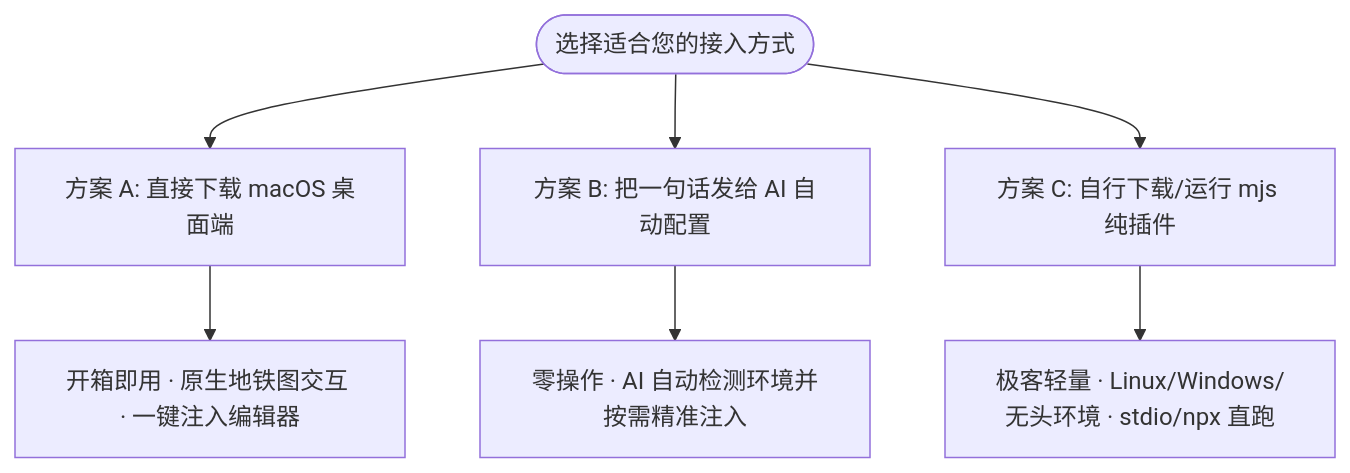
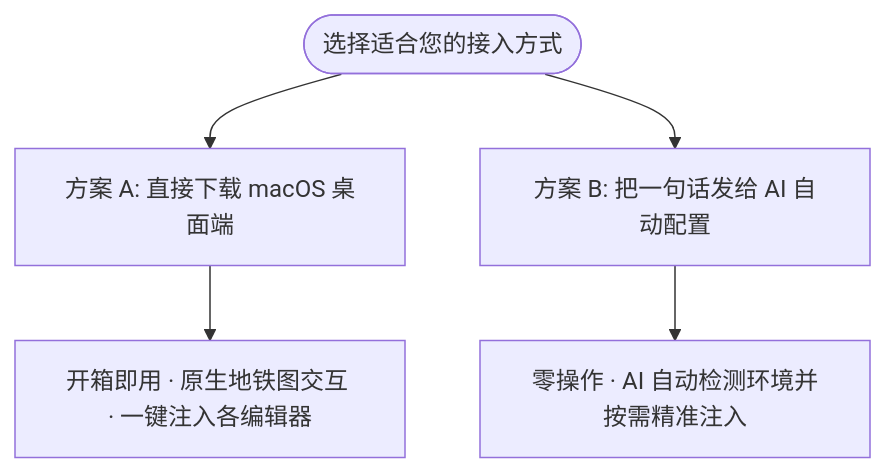
Before and after one commit to yubinbin32-ops/ContextOS: the diagram in README_zh.md, drawn with Mermaid. The commit also changed other lines of this file and 143 other files, not shown here.

````diff
--- a/README_zh.md
+++ b/README_zh.md
@@ -55,10 +100,8 @@
 ```mermaid
 graph TD
     User([选择适合您的接入方式]) --> ChoiceA[方案 A: 直接下载 macOS 桌面端]
     User --> ChoiceB[方案 B: 把一句话发给 AI 自动配置]
-    User --> ChoiceC[方案 C: 自行下载/运行 mjs 纯插件]
     
-    ChoiceA --> FlowA[开箱即用 · 原生地铁图交互 · 一键注入编辑器]
+    ChoiceA --> FlowA[开箱即用 · 原生地铁图交互 · 一键注入各编辑器]
     ChoiceB --> FlowB[零操作 · AI 自动检测环境并按需精准注入]
-    ChoiceC --> FlowC[极客轻量 · Linux/Windows/无头环境 · stdio/npx 直跑]
 ```
````
